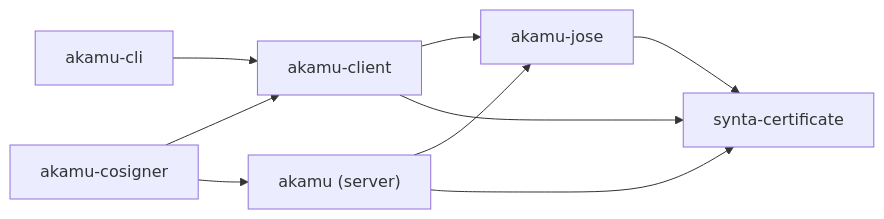
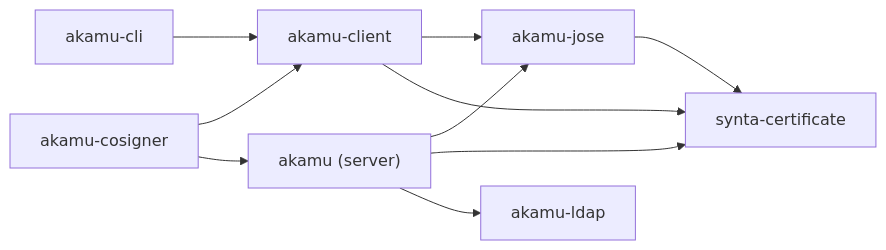
The second of 2 diagrams in docs/src/developer/architecture.md (czinda/akamu), drawn with Mermaid before and after one commit. The commit also changed other lines of this file and 3 other files, not shown here.

First line of the commit message:
docs(ldap): document akamu-ldap crate, GSSAPI, and multi-server config

````diff
--- a/docs/src/developer/architecture.md
+++ b/docs/src/developer/architecture.md
@@ -73,18 +77,20 @@
 ```mermaid
 graph LR
     SERVER["akamu (server)"]
     CLIENT["akamu-client"]
     CLI["akamu-cli"]
     COSIGNER["akamu-cosigner"]
     JOSE["akamu-jose"]
     SYNTA["synta-certificate"]
+    LDAP["akamu-ldap"]
 
     SERVER --> JOSE
     SERVER --> SYNTA
+    SERVER --> LDAP
     CLIENT --> JOSE
     CLIENT --> SYNTA
     CLI --> CLIENT
     COSIGNER --> CLIENT
     COSIGNER --> SERVER
     JOSE --> SYNTA
 ```
````
